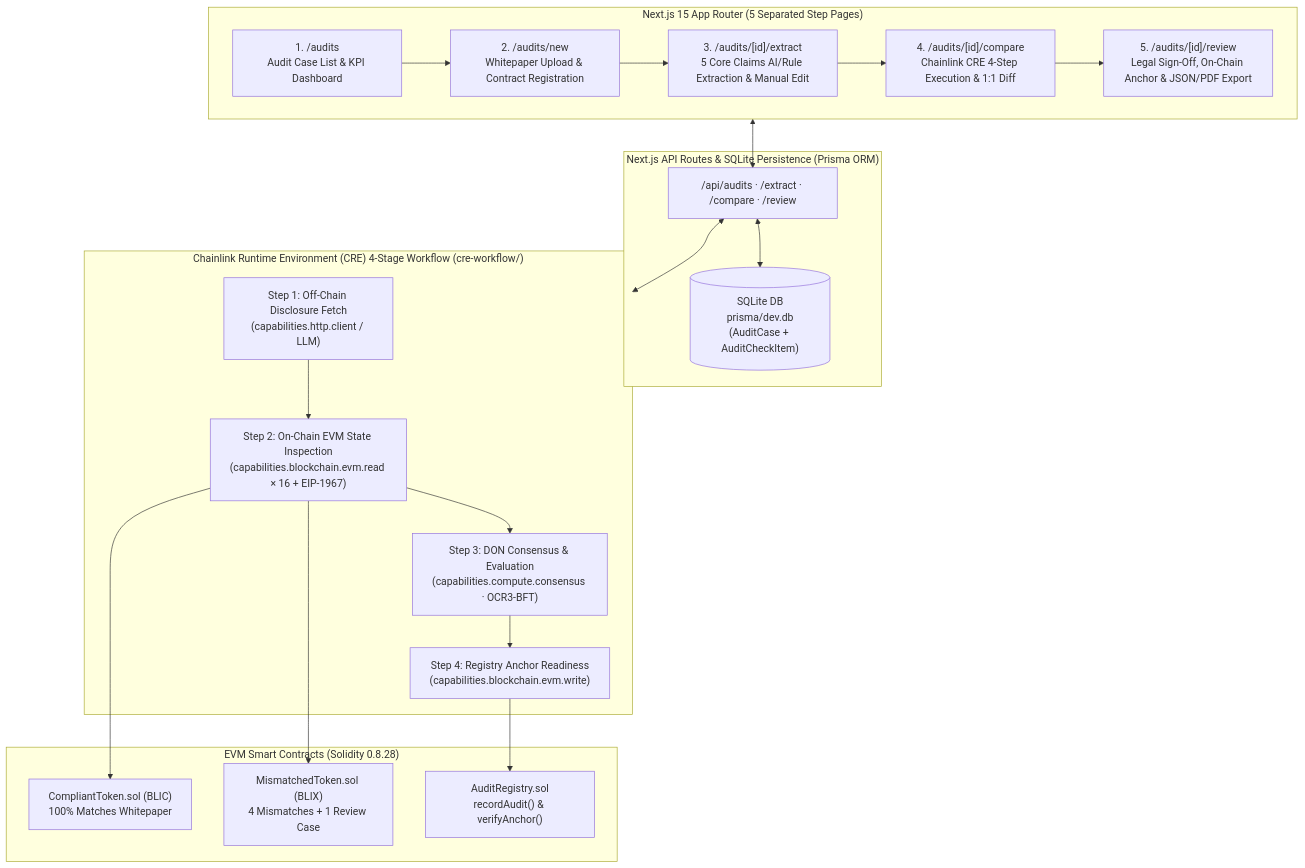
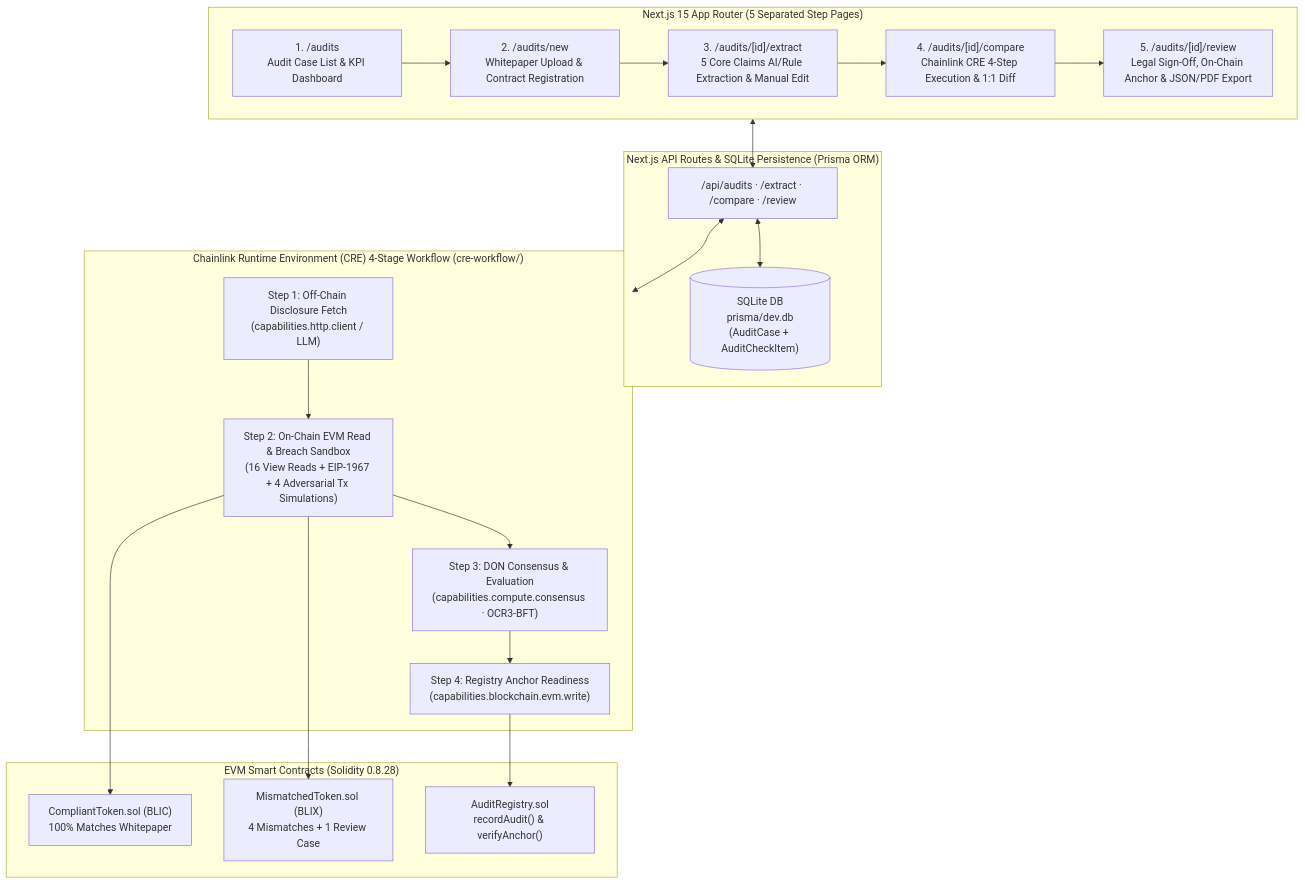
Before and after one commit to Eunryong/bli-disclosure-auditor: the diagram in README.md, drawn with Mermaid. The commit also changed other lines of this file and 12 other files, not shown here.

Commit message:
feat(legal-ai): add counterfactual on-chain breach simulation, legal statute mapping, and remediation generator

````diff
--- a/README.md
+++ b/README.md
@@ -28,37 +28,37 @@
 ```mermaid
 flowchart TB
   subgraph UI["Next.js 15 App Router (5 Separated Step Pages)"]
     P1["1. /audits\nAudit Case List & KPI Dashboard"]
     P2["2. /audits/new\nWhitepaper Upload & Contract Registration"]
     P3["3. /audits/[id]/extract\n5 Core Claims AI/Rule Extraction & Manual Edit"]
     P4["4. /audits/[id]/compare\nChainlink CRE 4-Step Execution & 1:1 Diff"]
     P5["5. /audits/[id]/review\nLegal Sign-Off, On-Chain Anchor & JSON/PDF Export"]
     P1 --> P2 --> P3 --> P4 --> P5
   end
 
   subgraph Backend["Next.js API Routes & SQLite Persistence (Prisma ORM)"]
     API["/api/audits · /extract · /compare · /review"]
     DB[("SQLite DB\nprisma/dev.db\n(AuditCase + AuditCheckItem)")]
     API <--> DB
   end
 
   subgraph CRE["Chainlink Runtime Environment (CRE) 4-Stage Workflow (cre-workflow/)"]
     S1["Step 1: Off-Chain Disclosure Fetch\n(capabilities.http.client / LLM)"]
-    S2["Step 2: On-Chain EVM State Inspection\n(capabilities.blockchain.evm.read × 16 + EIP-1967)"]
+    S2["Step 2: On-Chain EVM Read & Breach Sandbox\n(16 View Reads + EIP-1967 + 4 Adversarial Tx Simulations)"]
     S3["Step 3: DON Consensus & Evaluation\n(capabilities.compute.consensus · OCR3-BFT)"]
     S4["Step 4: Registry Anchor Readiness\n(capabilities.blockchain.evm.write)"]
     S1 --> S2 --> S3 --> S4
   end
 
   subgraph EVM["EVM Smart Contracts (Solidity 0.8.28)"]
     C1["CompliantToken.sol (BLIC)\n100% Matches Whitepaper"]
     C2["MismatchedToken.sol (BLIX)\n4 Mismatches + 1 Review Case"]
     C3["AuditRegistry.sol\nrecordAudit() & verifyAnchor()"]
   end
 
   UI <--> API
   API <--> CRE
   S2 --> C1
   S2 --> C2
   S4 --> C3
 ```
````
